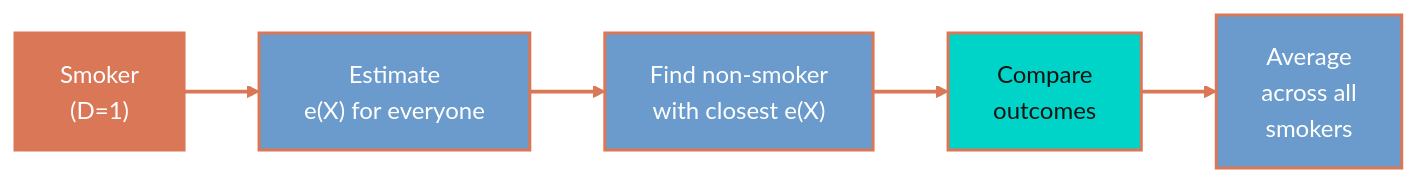
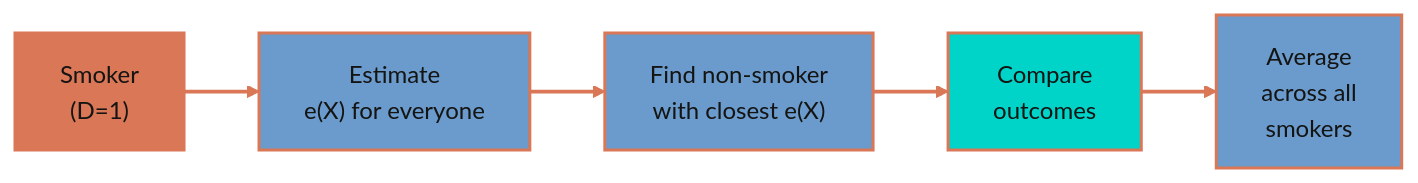
One commit to cmg777/starter-academic-v501 changed the fourth of 4 diagrams in content/post/stata_matching/index.md. Above: the diagram before and after it, drawn with Mermaid. The commit also changed other lines of this file and 67 other files, not shown here.

First line of the commit message:
fix(mermaid): readable diagram text in both themes across the site

````diff
--- a/content/post/stata_matching/index.md
+++ b/content/post/stata_matching/index.md
@@ -708,13 +708,13 @@
 ```mermaid
 flowchart LR
     S["Smoker<br/>(D=1)"] --> P["Estimate<br/>e(X) for everyone"]
     P --> N["Find non-smoker<br/>with closest e(X)"]
     N --> C["Compare<br/>outcomes"]
     C --> A["Average<br/>across all<br/>smokers"]
-    style S fill:#d97757,stroke:#d97757,stroke-width:2px,color:#fff
-    style P fill:#6a9bcc,stroke:#d97757,stroke-width:2px,color:#fff
-    style N fill:#6a9bcc,stroke:#d97757,stroke-width:2px,color:#fff
+    style S fill:#d97757,stroke:#d97757,stroke-width:2px,color:#141413
+    style P fill:#6a9bcc,stroke:#d97757,stroke-width:2px,color:#141413
+    style N fill:#6a9bcc,stroke:#d97757,stroke-width:2px,color:#141413
     style C fill:#00d4c8,stroke:#d97757,stroke-width:2px,color:#141413
-    style A fill:#6a9bcc,stroke:#d97757,stroke-width:2px,color:#fff
+    style A fill:#6a9bcc,stroke:#d97757,stroke-width:2px,color:#141413
     linkStyle 0,1,2,3 stroke:#d97757,stroke-width:2.5px
 ```
````
